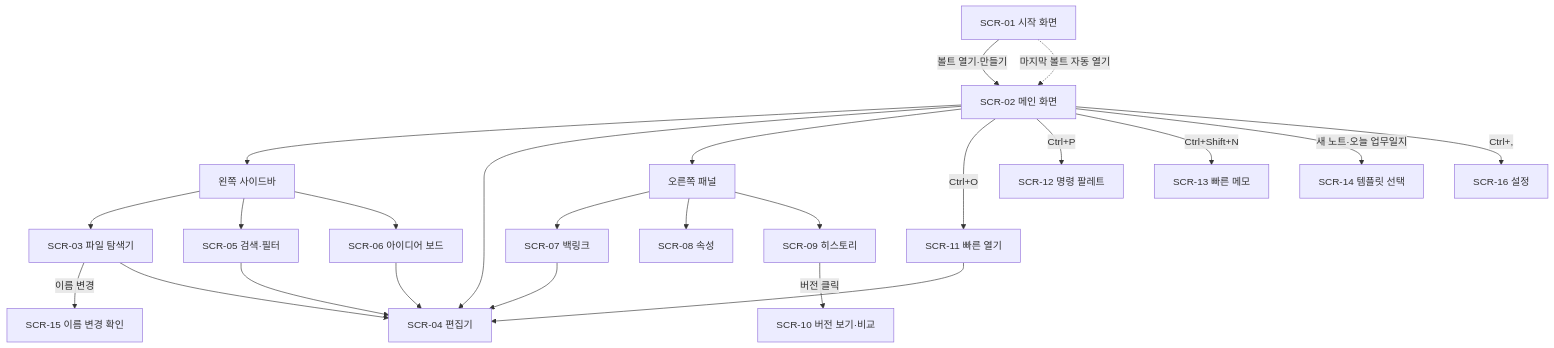
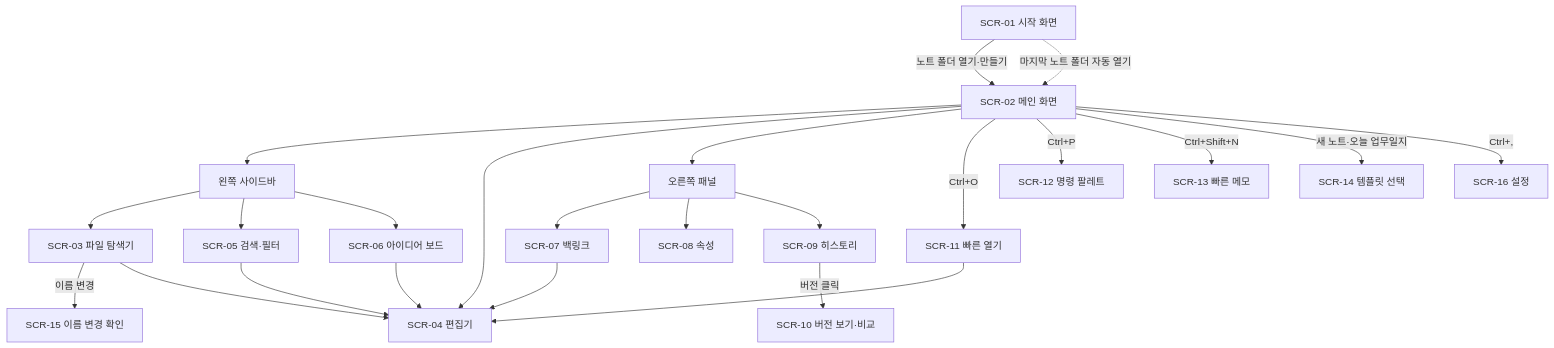
One commit to jinkyoin/notevine changed the diagram in docs/화면설계서.md. Above: the diagram before and after it, drawn with Mermaid. The commit also changed other lines of this file and 12 other files, not shown here.

````diff
--- a/docs/화면설계서.md
+++ b/docs/화면설계서.md
@@ -35,31 +35,31 @@
 ```mermaid
 flowchart TB
-    start["SCR-01 시작 화면"] -->|볼트 열기·만들기| main["SCR-02 메인 화면"]
-    start -.->|마지막 볼트 자동 열기| main
+    start["SCR-01 시작 화면"] -->|노트 폴더 열기·만들기| main["SCR-02 메인 화면"]
+    start -.->|마지막 노트 폴더 자동 열기| main
 
     main --> left["왼쪽 사이드바"]
     main --> center["SCR-04 편집기"]
     main --> right["오른쪽 패널"]
 
     left --> explorer["SCR-03 파일 탐색기"]
     left --> search["SCR-05 검색·필터"]
     left --> board["SCR-06 아이디어 보드"]
 
     right --> back["SCR-07 백링크"]
     right --> props["SCR-08 속성"]
     right --> hist["SCR-09 히스토리"]
     hist -->|버전 클릭| version["SCR-10 버전 보기·비교"]
 
     main -->|Ctrl+O| quick["SCR-11 빠른 열기"]
     main -->|Ctrl+P| palette["SCR-12 명령 팔레트"]
     main -->|Ctrl+Shift+N| memo["SCR-13 빠른 메모"]
     main -->|새 노트·오늘 업무일지| tpl["SCR-14 템플릿 선택"]
     explorer -->|이름 변경| rename["SCR-15 이름 변경 확인"]
     main -->|Ctrl+,| settings["SCR-16 설정"]
 
     explorer --> center
     search --> center
     board --> center
     back --> center
     quick --> center
 ```
````
